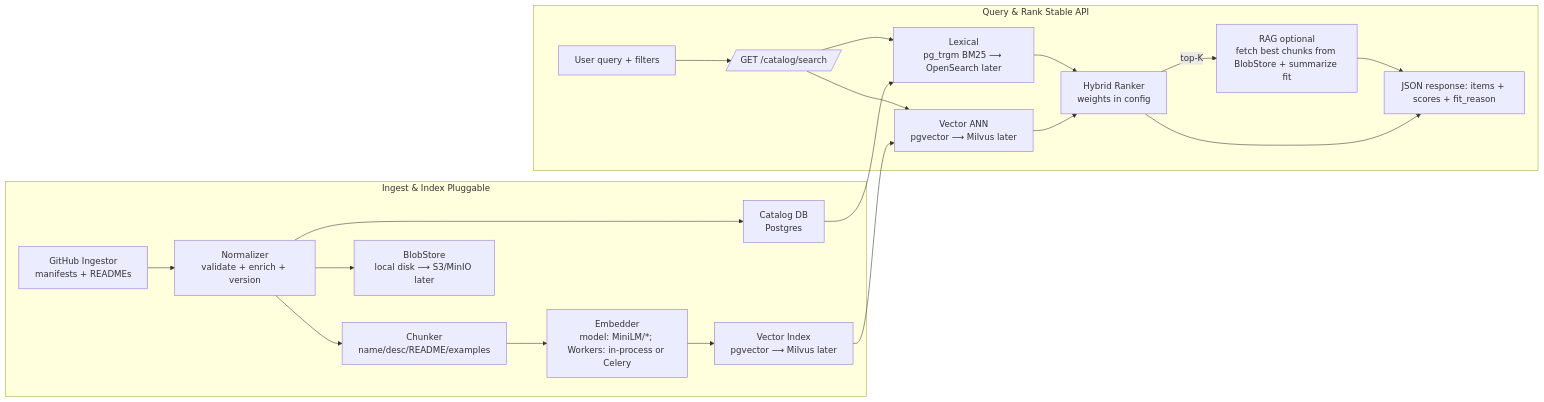
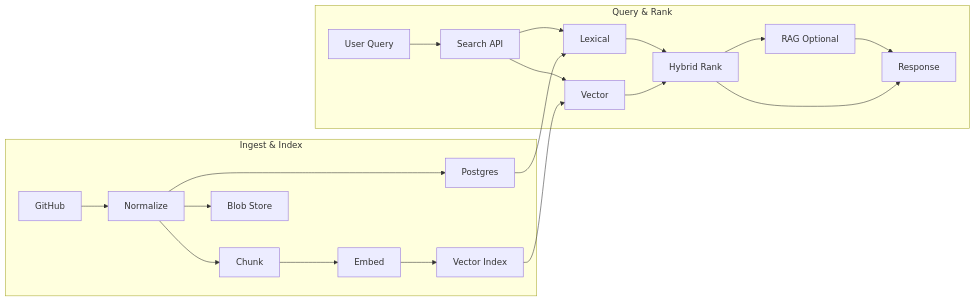
Before and after one commit to agent-matrix/matrix-hub: the diagram in docs/search-diagram.md, drawn with Mermaid.

`````diff
--- a/docs/search-diagram.md
+++ b/docs/search-diagram.md
@@ -5,24 +5,24 @@
 ```mermaid
 flowchart LR
-    subgraph Ingest & Index Pluggable
-        G[GitHub Ingestor\nmanifests + READMEs] --> N[Normalizer\nvalidate + enrich + version]
-        N --> D[Catalog DB\nPostgres]
-        N --> C[Chunker\nname/desc/README/examples]
-        C --> E[Embedder\nmodel: MiniLM/*; Workers: in-process or Celery]
-        E --> V[Vector Index\npgvector ⟶ Milvus later]
-        N --> B[BlobStore\nlocal disk ⟶ S3/MinIO later]
-    end
+  subgraph Ingest & Index
+    GH[GitHub] --> N[Normalize]
+    N --> DB[Postgres]
+    N --> Ch[Chunk]
+    Ch --> Em[Embed]
+    Em --> VI[Vector Index]
+    N --> BS[Blob Store]
+  end
 
-    subgraph Query & Rank Stable API
-        U[User query + filters] --> S[/GET /catalog/search/]
-        S --> L[Lexical\npg_trgm BM25 ⟶ OpenSearch later]
-        S --> Q[Vector ANN\npgvector ⟶ Milvus later]
-        D --> L
-        V --> Q
-        L --> H[Hybrid Ranker\nweights in config]
-        Q --> H
-        H -->|top‑K| R[RAG optional\nfetch best chunks from BlobStore + summarize fit]
-        R --> O[JSON response: items + scores + fit_reason]
-        H --> O
-    end
+  subgraph Query & Rank
+    U[User Query] --> S[Search API]
+    S --> L[Lexical]
+    S --> V[Vector]
+    DB --> L
+    VI --> V
+    L --> H[Hybrid Rank]
+    V --> H
+    H --> R[RAG Optional]
+    R --> O[Response]
+    H --> O
+  end
 ````
`````
